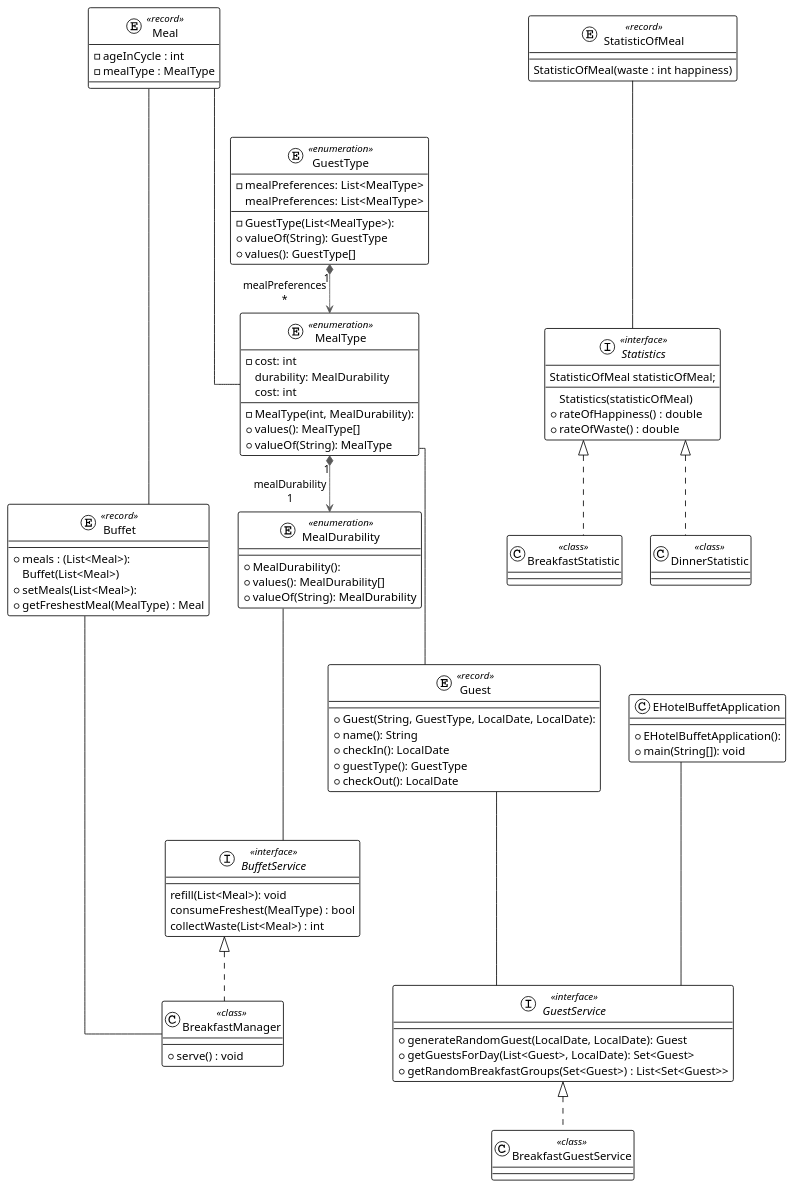
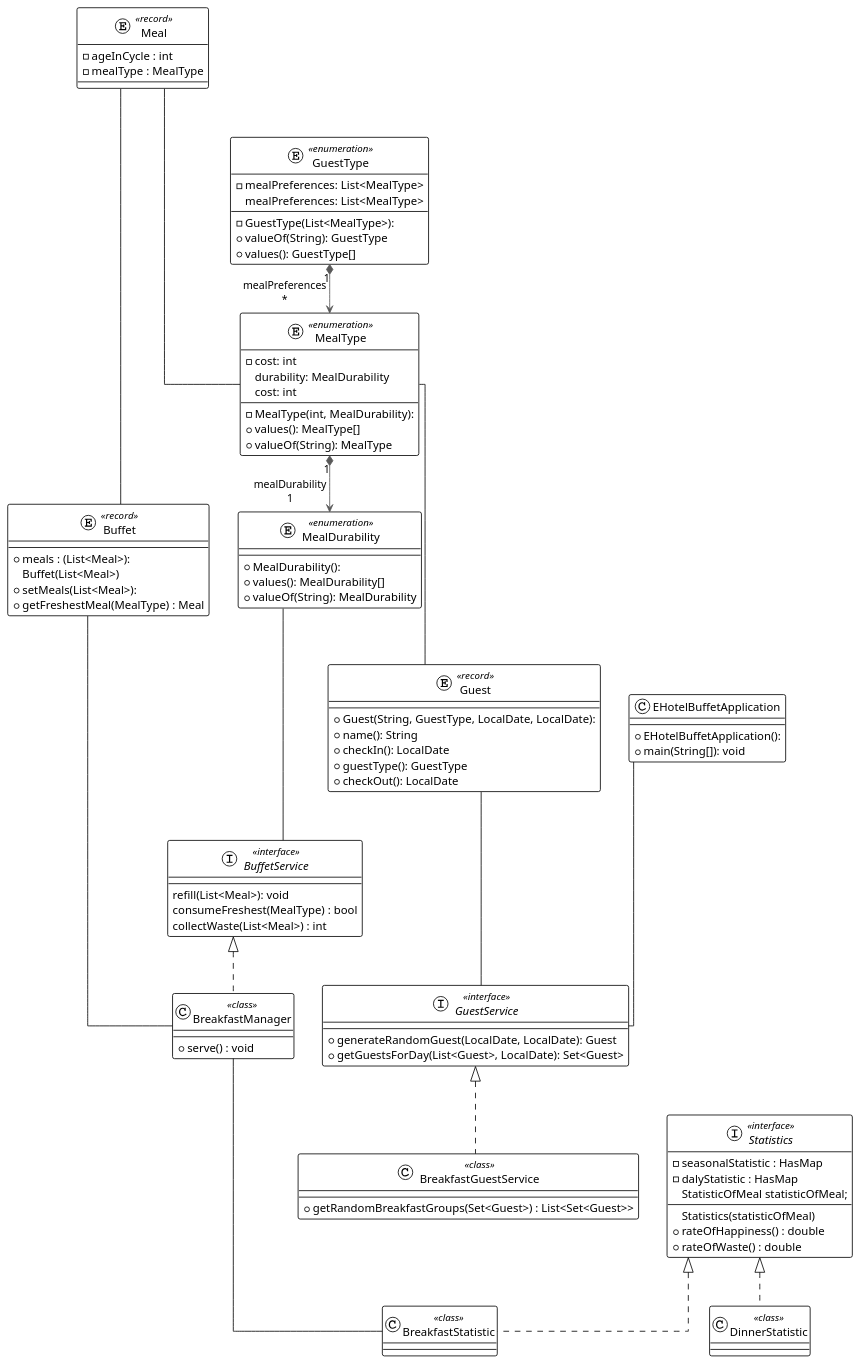
The diagram in src/main/java/com/codecool/ehotel/HotelBuffetService.puml (CodecoolGlobal/ehotel-buffet-java-MateWagner), drawn with PlantUML before and after one commit.

Commit message:
feat: Uml Diagram

```diff
--- a/src/main/java/com/codecool/ehotel/HotelBuffetService.puml
+++ b/src/main/java/com/codecool/ehotel/HotelBuffetService.puml
@@ -1,94 +1,92 @@
 @startuml
 
 !theme plain
 top to bottom direction
 skinparam linetype ortho
 
 entity Meal <<record>> {
 - ageInCycle : int
 - mealType : MealType
 }
 
 entity Buffet << record >> {
 + meals : (List<Meal>):
    Buffet(List<Meal>)
   + setMeals(List<Meal>):
   + getFreshestMeal(MealType) : Meal
 }
 interface BuffetService << interface >>{
 refill(List<Meal>): void
 consumeFreshest(MealType) : bool
 collectWaste(List<Meal>) : int
 }
 
 class EHotelBuffetApplication {
   + EHotelBuffetApplication():
   + main(String[]): void
 }
-entity StatisticOfMeal << record >>{
-StatisticOfMeal(waste : int happiness)
-}
 class BreakfastStatistic << class >> implements Statistics {
 
 }
 class DinnerStatistic << class >> implements Statistics {
 
 }
 interface Statistics << interface >> {
+- seasonalStatistic : HasMap
+- dalyStatistic : HasMap
     StatisticOfMeal statisticOfMeal;
     Statistics(statisticOfMeal)
 + rateOfHappiness() : double
 + rateOfWaste() : double
 }
 class BreakfastManager << class >> implements BuffetService {
  + serve() : void
 
 }
 entity Guest << record >> {
   + Guest(String, GuestType, LocalDate, LocalDate):
   + name(): String
   + checkIn(): LocalDate
   + guestType(): GuestType
   + checkOut(): LocalDate
 }
 class BreakfastGuestService << class >> implements GuestService{
++ getRandomBreakfastGroups(Set<Guest>) : List<Set<Guest>>
 }
 interface GuestService << interface >> {
   + generateRandomGuest(LocalDate, LocalDate): Guest
   + getGuestsForDay(List<Guest>, LocalDate): Set<Guest>
-  + getRandomBreakfastGroups(Set<Guest>) : List<Set<Guest>>
 }
 enum GuestType << enumeration >> {
   - GuestType(List<MealType>):
   - mealPreferences: List<MealType>
   + valueOf(String): GuestType
   + values(): GuestType[]
    mealPreferences: List<MealType>
 }
 enum MealDurability << enumeration >> {
   + MealDurability():
   + values(): MealDurability[]
   + valueOf(String): MealDurability
 }
 enum MealType << enumeration >> {
   - MealType(int, MealDurability):
   - cost: int
   + values(): MealType[]
   + valueOf(String): MealType
    durability: MealDurability
    cost: int
 }
 Meal --- Buffet
 Meal --- MealType
 Buffet --- BreakfastManager
 EHotelBuffetApplication --- GuestService
-StatisticOfMeal --- Statistics
 Guest --- GuestService
 MealType --- Guest
 MealDurability --- BuffetService
-
+BreakfastManager --- BreakfastStatistic
 
 GuestType               "1" *-[#595959,plain]-> "mealPreferences\n*" MealType
 MealType                "1" *-[#595959,plain]-> "mealDurability\n1" MealDurability
 
 @enduml
```
